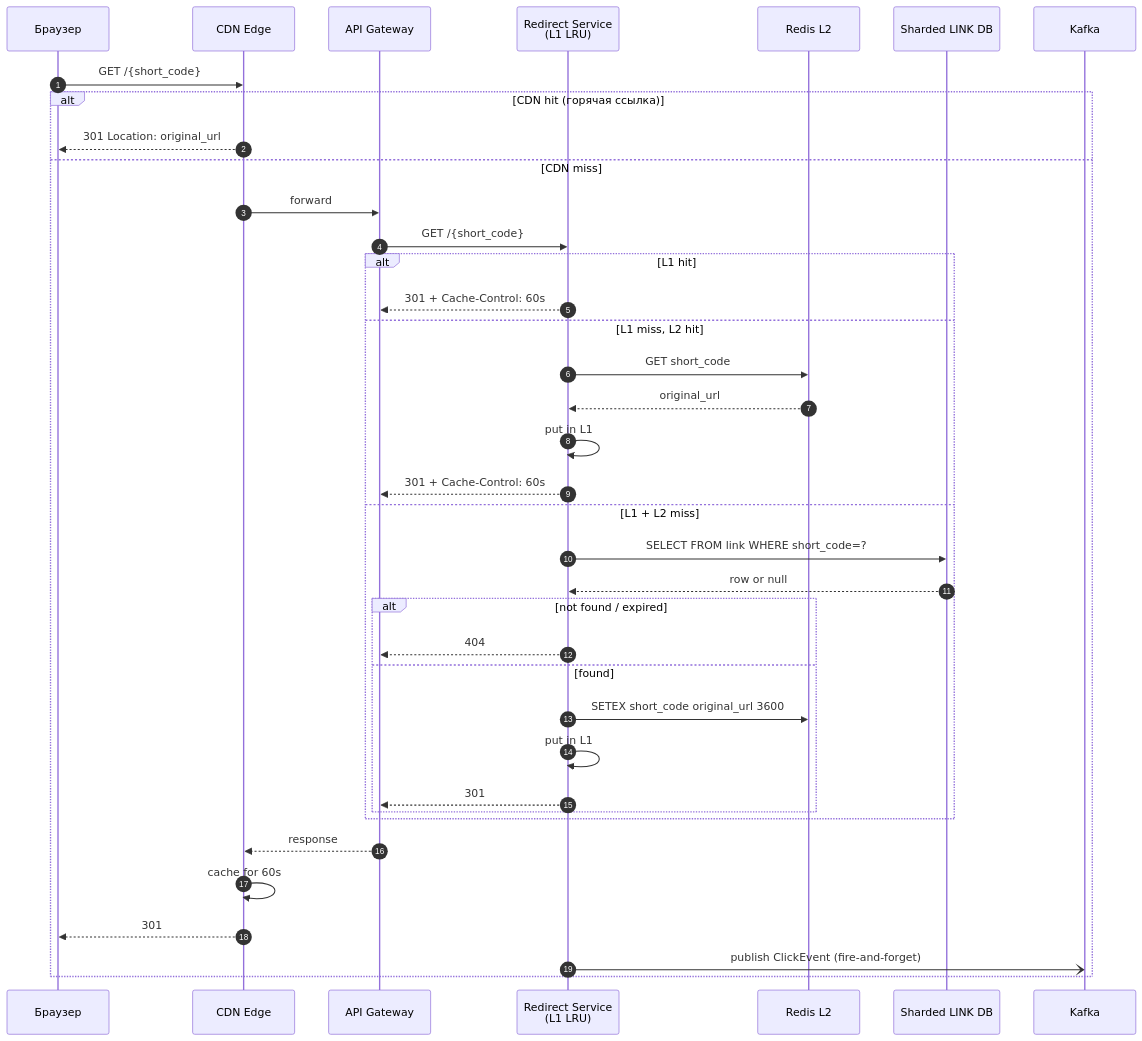
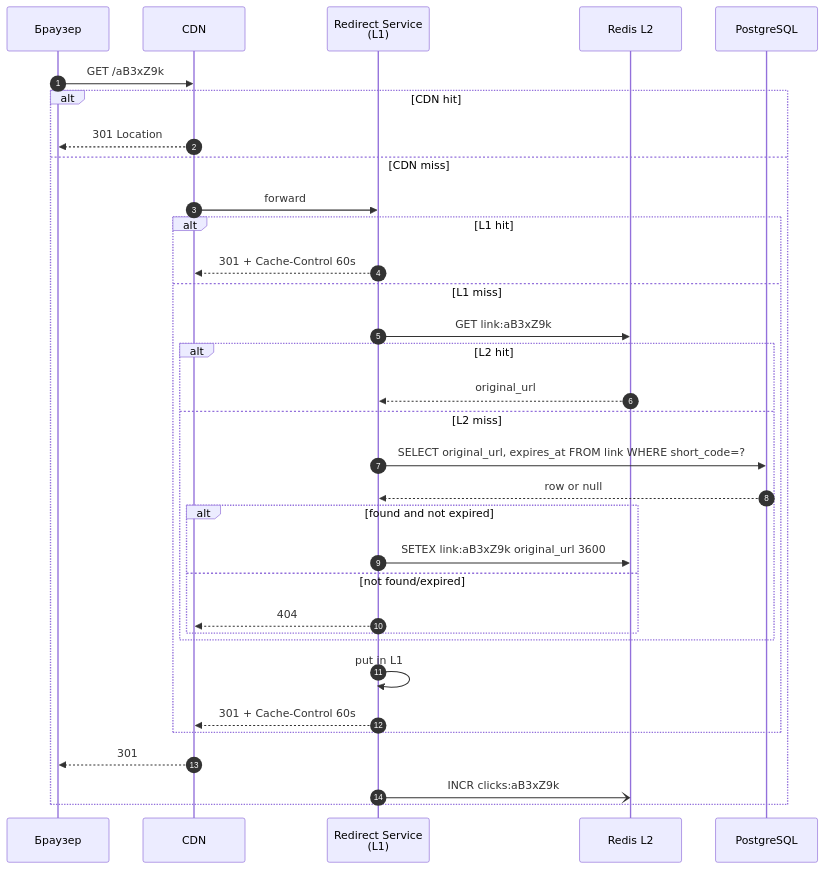
Before and after one commit to f1yToMoon/url_shortener: the fifth of 9 diagrams in README.md, drawn with Mermaid. The commit also changed other lines of this file, not shown here.

````diff
--- a/README.md
+++ b/README.md
@@ -282,41 +370,36 @@
 ```mermaid
 sequenceDiagram
   autonumber
   participant U as Браузер
-  participant CDN as CDN Edge
-  participant GW as API Gateway
-  participant R as Redirect Service<br/>(L1 LRU)
-  participant L2 as Redis L2
-  participant DB as Sharded LINK DB
-  participant K as Kafka
+  participant CDN as CDN
+  participant R as Redirect Service<br/>(L1)
+  participant Redis as Redis L2
+  participant PG as PostgreSQL
 
-  U->>CDN: GET /{short_code}
-  alt CDN hit (горячая ссылка)
-    CDN-->>U: 301 Location: original_url
+  U->>CDN: GET /aB3xZ9k
+  alt CDN hit
+    CDN-->>U: 301 Location
   else CDN miss
-    CDN->>GW: forward
-    GW->>R: GET /{short_code}
+    CDN->>R: forward
     alt L1 hit
-      R-->>GW: 301 + Cache-Control: 60s
-    else L1 miss, L2 hit
-      R->>L2: GET short_code
-      L2-->>R: original_url
+      R-->>CDN: 301 + Cache-Control 60s
+    else L1 miss
+      R->>Redis: GET link:aB3xZ9k
+      alt L2 hit
+        Redis-->>R: original_url
+      else L2 miss
+        R->>PG: SELECT original_url, expires_at FROM link WHERE short_code=?
+        PG-->>R: row or null
+        alt found and not expired
+          R->>Redis: SETEX link:aB3xZ9k original_url 3600
+        else not found/expired
+          R-->>CDN: 404
+        end
+      end
       R->>R: put in L1
-      R-->>GW: 301 + Cache-Control: 60s
-    else L1 + L2 miss
-      R->>DB: SELECT FROM link WHERE short_code=?
-      DB-->>R: row or null
-      alt not found / expired
-        R-->>GW: 404
-      else found
-        R->>L2: SETEX short_code original_url 3600
-        R->>R: put in L1
-        R-->>GW: 301
-      end
+      R-->>CDN: 301 + Cache-Control 60s
     end
-    GW-->>CDN: response
-    CDN->>CDN: cache for 60s
     CDN-->>U: 301
-    R-)K: publish ClickEvent (fire-and-forget)
+    R-)Redis: INCR clicks:aB3xZ9k
   end
 ```
````
